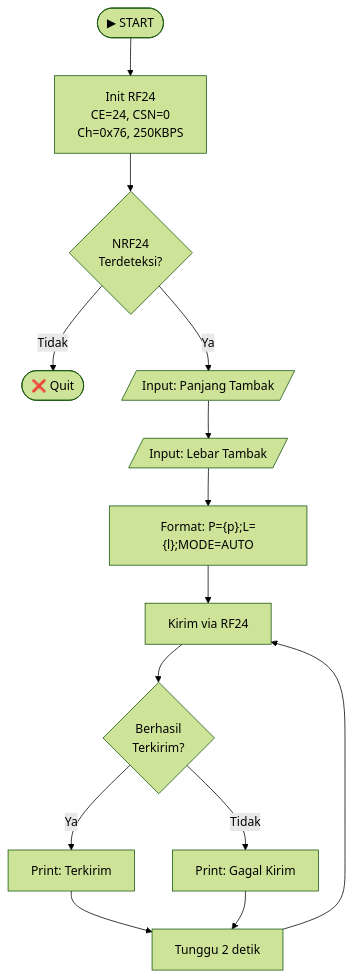
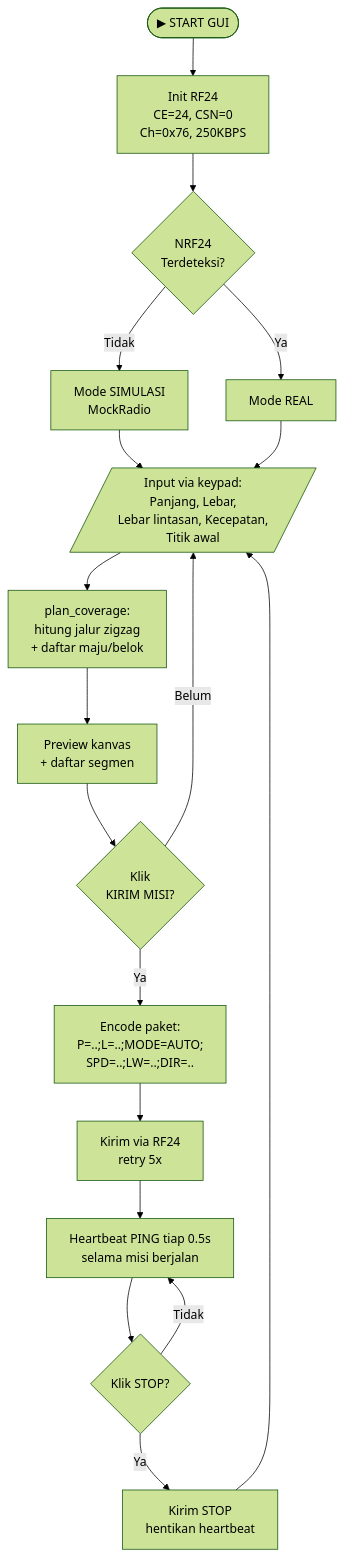
Before and after one commit to Xhorn7/Skripsi-PENGEMBANGAN-ROBOT-AKUATIK-UNTUK-FEEDER-OTOMATIS-DI-TAMBAK: the second of 6 diagrams in flowchart.md, drawn with Mermaid (forest theme). The commit also changed other lines of this file and 10 other files, not shown here.

Commit message:
Update readme, flowchart documentation

````diff
--- a/flowchart.md
+++ b/flowchart.md
@@ -31,16 +36,20 @@
 ```mermaid
 flowchart TD
-    START([▶ START]) --> INIT[Init RF24\nCE=24, CSN=0\nCh=0x76, 250KBPS]
-    INIT --> CHECK{NRF24\nTerdeteksi?}
-    CHECK -- Tidak --> ERR1([❌ Quit])
-    CHECK -- Ya --> INPUT1[/Input: Panjang Tambak/]
-    INPUT1 --> INPUT2[/Input: Lebar Tambak/]
-    INPUT2 --> FORMAT["Format: P={p};L={l};MODE=AUTO"]
-    FORMAT --> SEND[Kirim via RF24]
-    SEND --> ACK{Berhasil\nTerkirim?}
-    ACK -- Ya --> LOG1[Print: Terkirim]
-    ACK -- Tidak --> LOG2[Print: Gagal Kirim]
-    LOG1 --> WAIT[Tunggu 2 detik]
-    LOG2 --> WAIT
-    WAIT --> SEND
+    START([▶ START GUI]) --> INIT["Init RF24<br/>CE=24, CSN=0<br/>Ch=0x76, 250KBPS"]
+    INIT --> DET{NRF24<br/>Terdeteksi?}
+    DET -- Tidak --> SIM[Mode SIMULASI<br/>MockRadio]
+    DET -- Ya --> REAL[Mode REAL]
+    SIM --> INPUT
+    REAL --> INPUT[/"Input via keypad:<br/>Panjang, Lebar,<br/>Lebar lintasan, Kecepatan,<br/>Titik awal"/]
+    INPUT --> PLAN["plan_coverage:<br/>hitung jalur zigzag<br/>+ daftar maju/belok"]
+    PLAN --> PREVIEW[Preview kanvas<br/>+ daftar segmen]
+    PREVIEW --> SENDBTN{Klik<br/>KIRIM MISI?}
+    SENDBTN -- Belum --> INPUT
+    SENDBTN -- Ya --> ENCODE["Encode paket:<br/>P=..;L=..;MODE=AUTO;<br/>SPD=..;LW=..;DIR=.."]
+    ENCODE --> SEND[Kirim via RF24<br/>retry 5x]
+    SEND --> HB["Heartbeat PING tiap 0.5s<br/>selama misi berjalan"]
+    HB --> STOPCHK{Klik STOP?}
+    STOPCHK -- Tidak --> HB
+    STOPCHK -- Ya --> SENDSTOP[Kirim STOP<br/>hentikan heartbeat]
+    SENDSTOP --> INPUT
 ```
````
